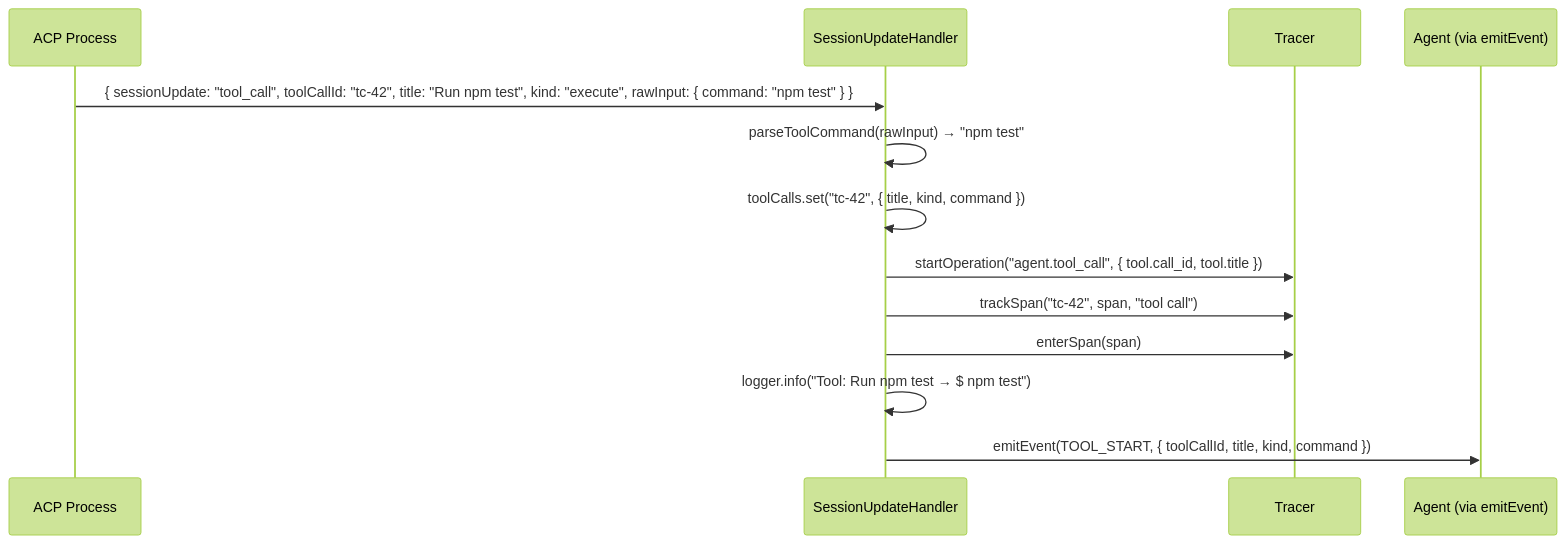
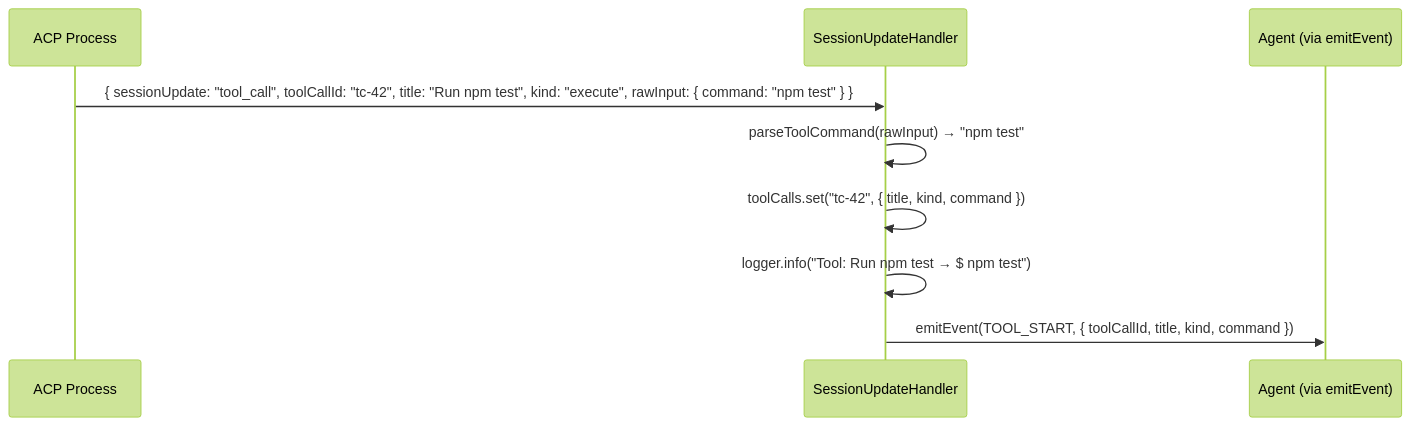
One commit to atinseau/stark changed the third of 7 diagrams in docs/components/session-update-handler.md. Above: the diagram before and after it, drawn with Mermaid (forest theme). The commit also changed other lines of this file and 13 other files, not shown here.

````diff
--- a/docs/components/session-update-handler.md
+++ b/docs/components/session-update-handler.md
@@ -262,19 +224,14 @@
 ```mermaid
 sequenceDiagram
     participant ACP as ACP Process
     participant SUH as SessionUpdateHandler
-    participant T as Tracer
     participant A as Agent (via emitEvent)
 
     ACP->>SUH: { sessionUpdate: "tool_call", toolCallId: "tc-42", title: "Run npm test", kind: "execute", rawInput: { command: "npm test" } }
 
     SUH->>SUH: parseToolCommand(rawInput) → "npm test"
     SUH->>SUH: toolCalls.set("tc-42", { title, kind, command })
 
-    SUH->>T: startOperation("agent.tool_call", { tool.call_id, tool.title })
-    SUH->>T: trackSpan("tc-42", span, "tool call")
-    SUH->>T: enterSpan(span)
-
     SUH->>SUH: logger.info("Tool: Run npm test → $ npm test")
     SUH->>A: emitEvent(TOOL_START, { toolCallId, title, kind, command })
 ```
````
